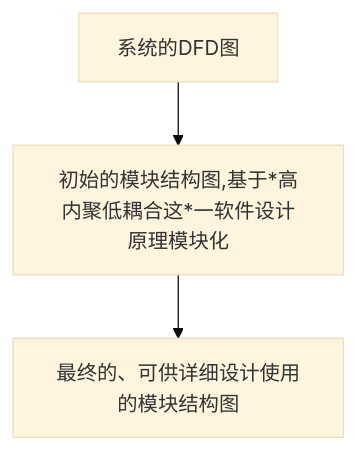
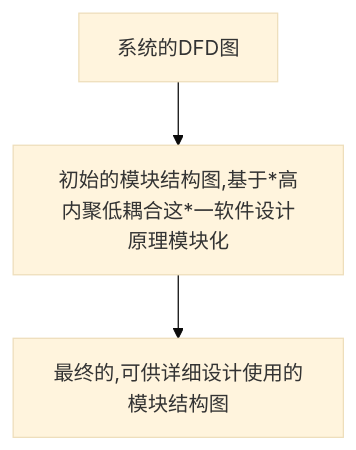
The fifth of 7 diagrams in _posts/2022-07-04-02333-software_engineer.md (chchoiw/chchoiw.github.io), drawn with Mermaid (base theme) before and after one commit. The commit also changed other lines of this file, not shown here.

````diff
--- a/_posts/2022-07-04-02333-software_engineer.md
+++ b/_posts/2022-07-04-02333-software_engineer.md
@@ -358,8 +358,8 @@
 ```mermaid
 graph TB
 id1[系统的DFD图]
 id2[初始的模块结构图,基于*高内聚低耦合这*一软件设计原理模块化]
-id3[最终的、可供详细设计使用的模块结构图]
+id3[最终的,可供详细设计使用的模块结构图]
 id1-->id2
 id2-->id3
 ```
````
